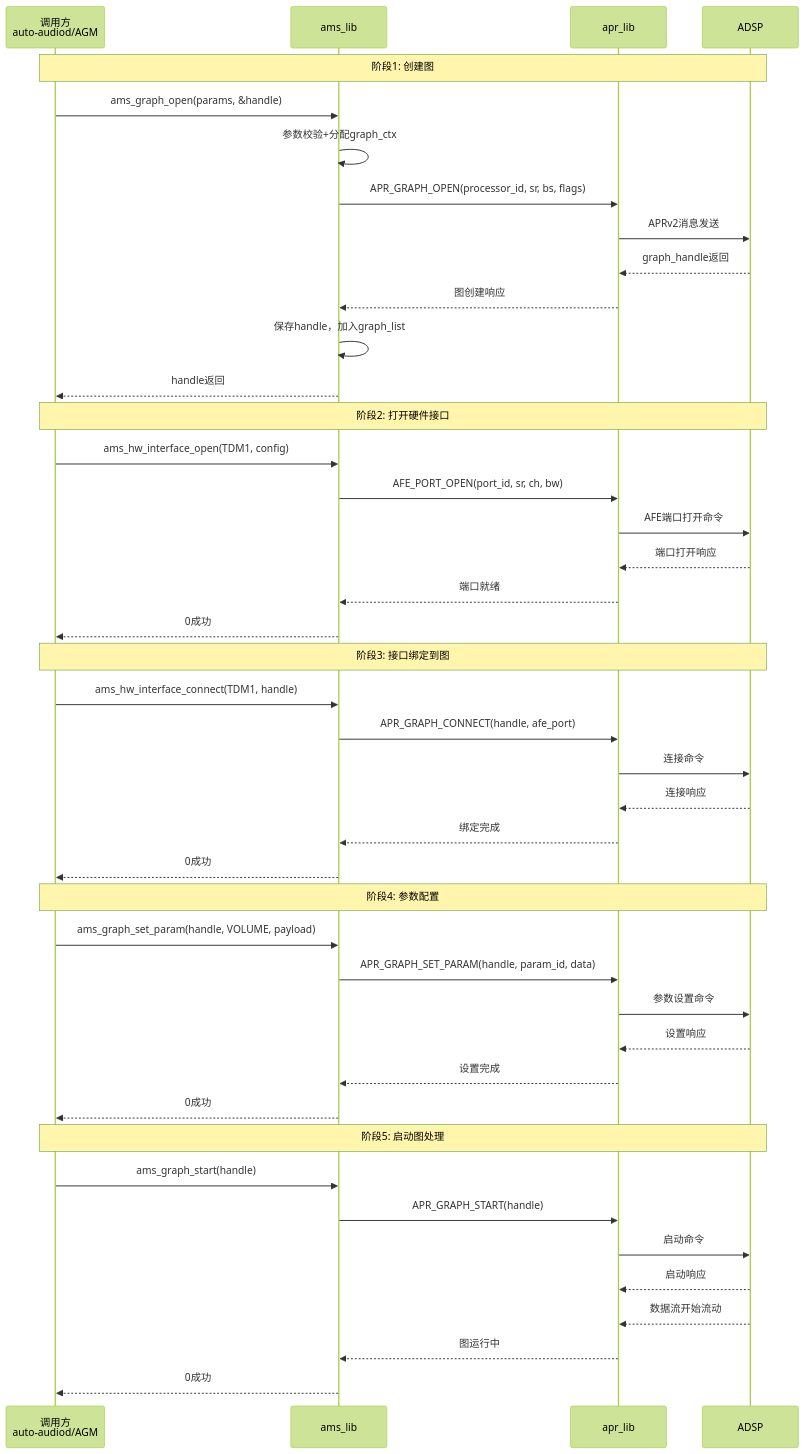
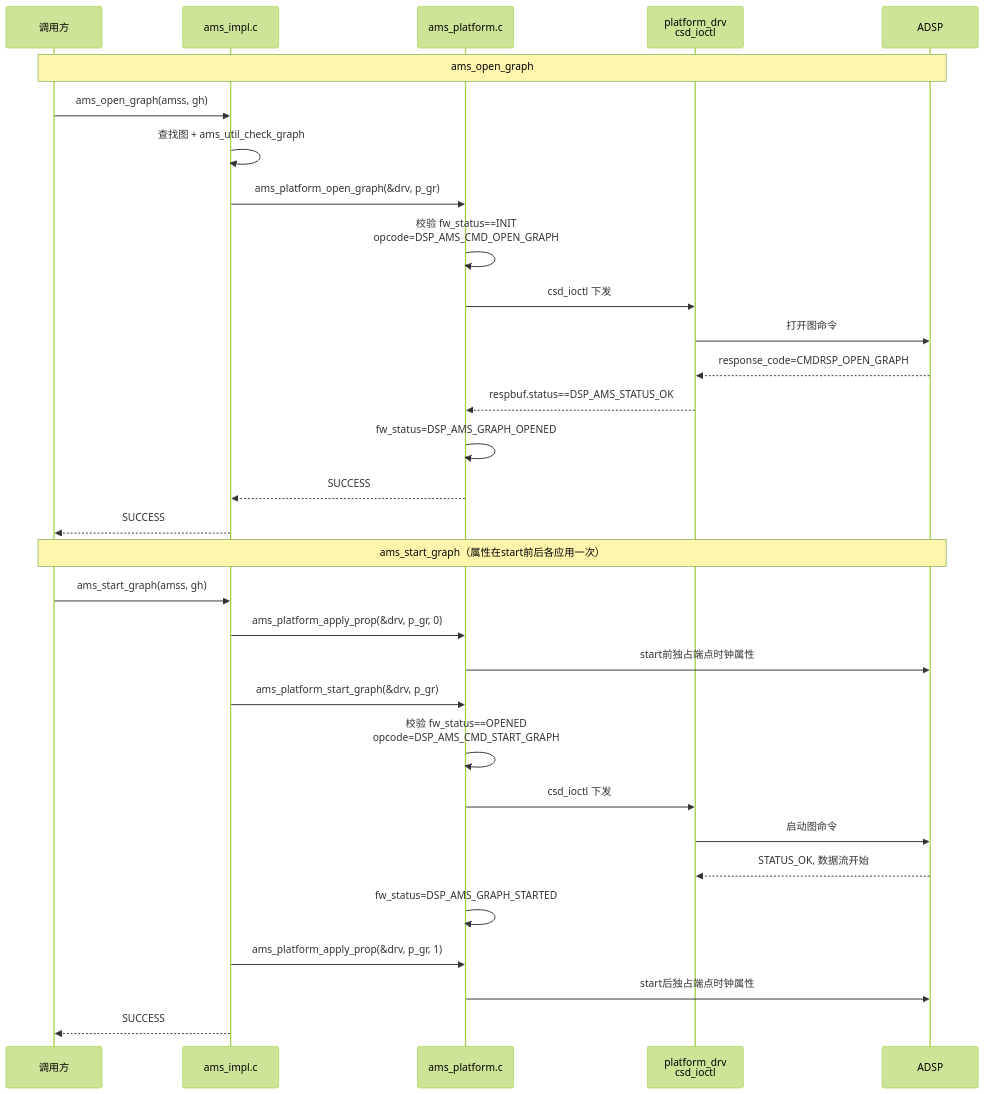
Before and after one commit to yanglinzhen1022/SA8295_AAOS_QNX_Audio_KnowledgeBase: the third of 10 diagrams in 16_Vendor_QNX_Architecture/16_16.18_QNX_ams_lib_音频管理服务库.md, drawn with Mermaid (forest theme). The commit also changed other lines of this file and 48 other files, not shown here.

````diff
--- a/16_Vendor_QNX_Architecture/16_16.18_QNX_ams_lib_音频管理服务库.md
+++ b/16_Vendor_QNX_Architecture/16_16.18_QNX_ams_lib_音频管理服务库.md
@@ -377,50 +369,35 @@
 ```mermaid
 sequenceDiagram
-    participant caller as 调用方<br/>auto-audiod/AGM
-    participant ams as ams_lib
-    participant apr as apr_lib
+    participant caller as 调用方
+    participant impl as ams_impl.c
+    participant plat as ams_platform.c
+    participant drv as platform_drv<br/>csd_ioctl
     participant adsp as ADSP
 
-    Note over caller,adsp: 阶段1: 创建图
-    caller->>ams: ams_graph_open(params, &handle)
-    ams->>ams: 参数校验+分配graph_ctx
-    ams->>apr: APR_GRAPH_OPEN(processor_id, sr, bs, flags)
-    apr->>adsp: APRv2消息发送
-    adsp-->>apr: graph_handle返回
-    apr-->>ams: 图创建响应
-    ams->>ams: 保存handle，加入graph_list
-    ams-->>caller: handle返回
+    Note over caller,adsp: ams_open_graph
+    caller->>impl: ams_open_graph(amss, gh)
+    impl->>impl: 查找图 + ams_util_check_graph
+    impl->>plat: ams_platform_open_graph(&drv, p_gr)
+    plat->>plat: 校验 fw_status==INIT<br/>opcode=DSP_AMS_CMD_OPEN_GRAPH
+    plat->>drv: csd_ioctl 下发
+    drv->>adsp: 打开图命令
+    adsp-->>drv: response_code=CMDRSP_OPEN_GRAPH
+    drv-->>plat: respbuf.status==DSP_AMS_STATUS_OK
+    plat->>plat: fw_status=DSP_AMS_GRAPH_OPENED
+    plat-->>impl: SUCCESS
+    impl-->>caller: SUCCESS
 
-    Note over caller,adsp: 阶段2: 打开硬件接口
-    caller->>ams: ams_hw_interface_open(TDM1, config)
-    ams->>apr: AFE_PORT_OPEN(port_id, sr, ch, bw)
-    apr->>adsp: AFE端口打开命令
-    adsp-->>apr: 端口打开响应
-    apr-->>ams: 端口就绪
-    ams-->>caller: 0成功
-
-    Note over caller,adsp: 阶段3: 接口绑定到图
-    caller->>ams: ams_hw_interface_connect(TDM1, handle)
-    ams->>apr: APR_GRAPH_CONNECT(handle, afe_port)
-    apr->>adsp: 连接命令
-    adsp-->>apr: 连接响应
-    apr-->>ams: 绑定完成
-    ams-->>caller: 0成功
-
-    Note over caller,adsp: 阶段4: 参数配置
-    caller->>ams: ams_graph_set_param(handle, VOLUME, payload)
-    ams->>apr: APR_GRAPH_SET_PARAM(handle, param_id, data)
-    apr->>adsp: 参数设置命令
-    adsp-->>apr: 设置响应
-    apr-->>ams: 设置完成
-    ams-->>caller: 0成功
-
-    Note over caller,adsp: 阶段5: 启动图处理
-    caller->>ams: ams_graph_start(handle)
-    ams->>apr: APR_GRAPH_START(handle)
-    apr->>adsp: 启动命令
-    adsp-->>apr: 启动响应
-    adsp-->>apr: 数据流开始流动
-    apr-->>ams: 图运行中
-    ams-->>caller: 0成功
+    Note over caller,adsp: ams_start_graph（属性在start前后各应用一次）
+    caller->>impl: ams_start_graph(amss, gh)
+    impl->>plat: ams_platform_apply_prop(&drv, p_gr, 0)
+    plat->>adsp: start前独占端点时钟属性
+    impl->>plat: ams_platform_start_graph(&drv, p_gr)
+    plat->>plat: 校验 fw_status==OPENED<br/>opcode=DSP_AMS_CMD_START_GRAPH
+    plat->>drv: csd_ioctl 下发
+    drv->>adsp: 启动图命令
+    adsp-->>drv: STATUS_OK, 数据流开始
+    plat->>plat: fw_status=DSP_AMS_GRAPH_STARTED
+    impl->>plat: ams_platform_apply_prop(&drv, p_gr, 1)
+    plat->>adsp: start后独占端点时钟属性
+    impl-->>caller: SUCCESS
 ```
````
